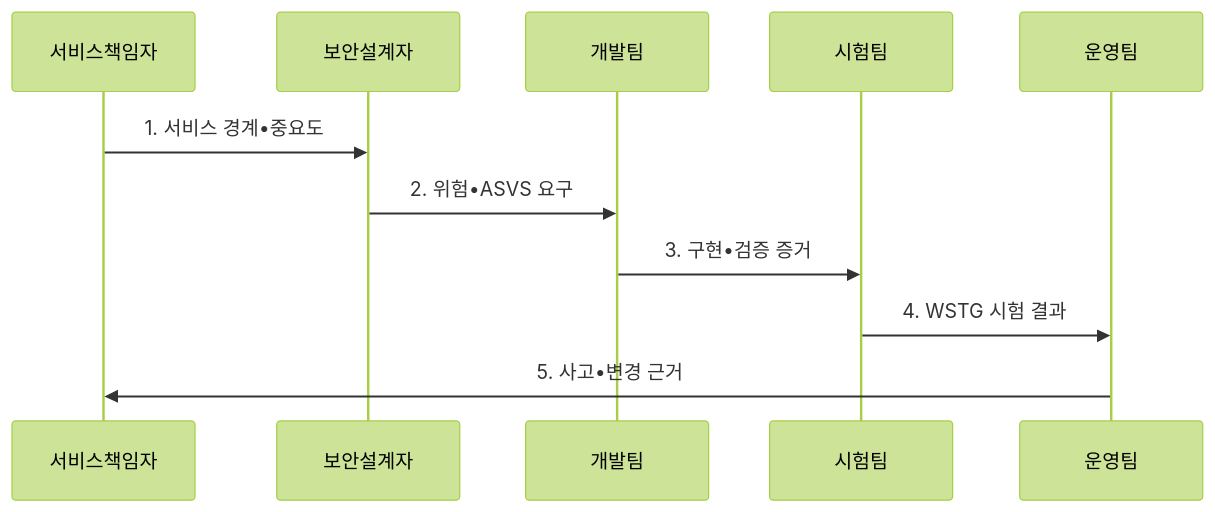
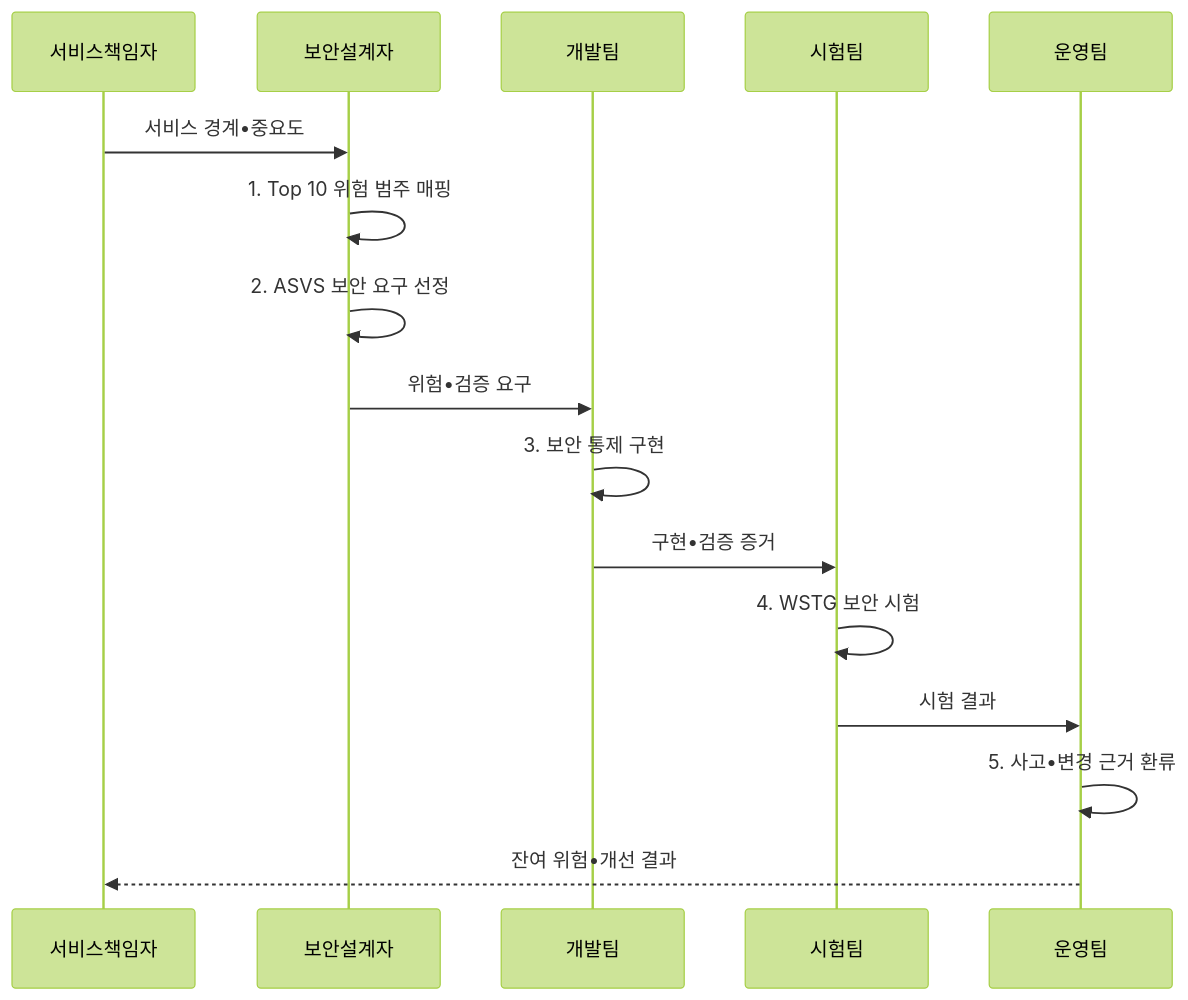
Before and after one commit to agnusdei1207/knowledge-base: the second of 2 diagrams in src/content/docs/notes/05-security/045_owasp_top_10.md, drawn with Mermaid (forest theme). The commit also changed other lines of this file and 19 other files, not shown here.

````diff
--- a/src/content/docs/notes/05-security/045_owasp_top_10.md
+++ b/src/content/docs/notes/05-security/045_owasp_top_10.md
@@ -103,13 +103,18 @@
 ```mermaid
 sequenceDiagram
     participant 서비스책임자
     participant 보안설계자
     participant 개발팀
     participant 시험팀
     participant 운영팀
-    서비스책임자->>보안설계자: 1. 서비스 경계•중요도
-    보안설계자->>개발팀: 2. 위험•ASVS 요구
-    개발팀->>시험팀: 3. 구현•검증 증거
-    시험팀->>운영팀: 4. WSTG 시험 결과
-    운영팀->>서비스책임자: 5. 사고•변경 근거
+    서비스책임자->>보안설계자: 서비스 경계•중요도
+    보안설계자->>보안설계자: 1. Top 10 위험 범주 매핑
+    보안설계자->>보안설계자: 2. ASVS 보안 요구 선정
+    보안설계자->>개발팀: 위험•검증 요구
+    개발팀->>개발팀: 3. 보안 통제 구현
+    개발팀->>시험팀: 구현•검증 증거
+    시험팀->>시험팀: 4. WSTG 보안 시험
+    시험팀->>운영팀: 시험 결과
+    운영팀->>운영팀: 5. 사고•변경 근거 환류
+    운영팀-->>서비스책임자: 잔여 위험•개선 결과
 ```
````
